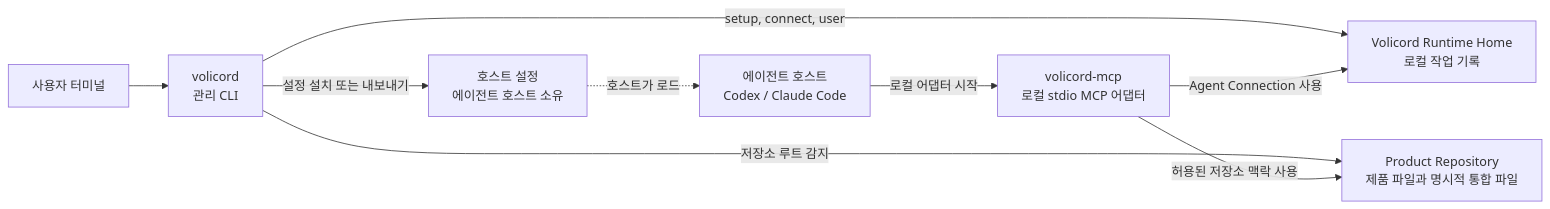
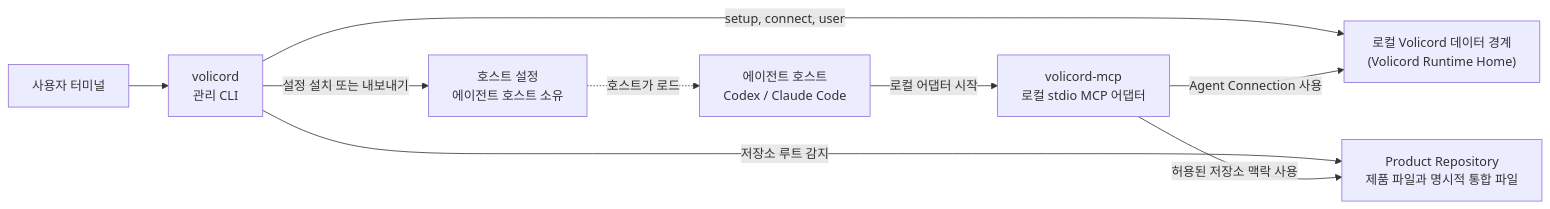
Before and after one commit to minjungw00/Volicord: the second of 2 diagrams in README.ko.md, drawn with Mermaid. The commit also changed other lines of this file and 1 other file, not shown here.

Commit message:
docs: refine diagram explanations

````diff
--- a/README.ko.md
+++ b/README.ko.md
@@ -154,19 +155,19 @@
 ```mermaid
 flowchart LR
   terminal["사용자 터미널"]
   cli["volicord<br/>관리 CLI"]
   host["에이전트 호스트<br/>Codex / Claude Code"]
   adapter["volicord-mcp<br/>로컬 stdio MCP 어댑터"]
-  home["Volicord Runtime Home<br/>로컬 작업 기록"]
+  home["로컬 Volicord 데이터 경계<br/>(Volicord Runtime Home)"]
   repo["Product Repository<br/>제품 파일과 명시적 통합 파일"]
   config["호스트 설정<br/>에이전트 호스트 소유"]
 
   terminal --> cli
   cli -- "setup, connect, user" --> home
   cli -- "저장소 루트 감지" --> repo
   cli -- "설정 설치 또는 내보내기" --> config
   config -. "호스트가 로드" .-> host
   host -- "로컬 어댑터 시작" --> adapter
   adapter -- "Agent Connection 사용" --> home
   adapter -- "허용된 저장소 맥락 사용" --> repo
 ```
````
